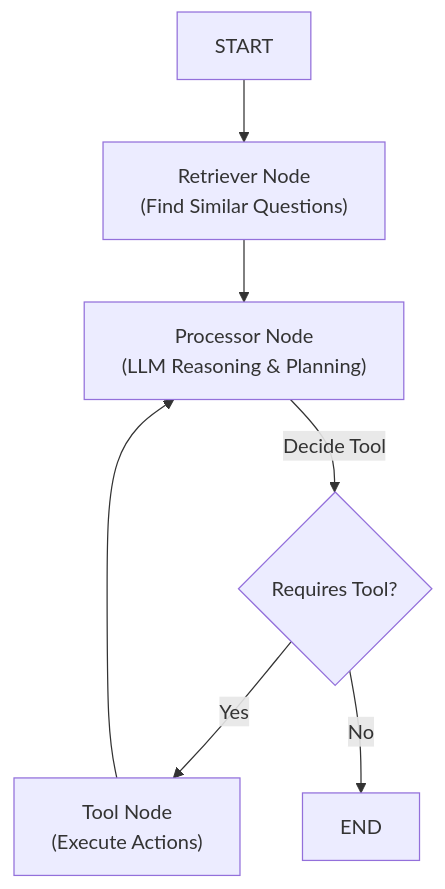
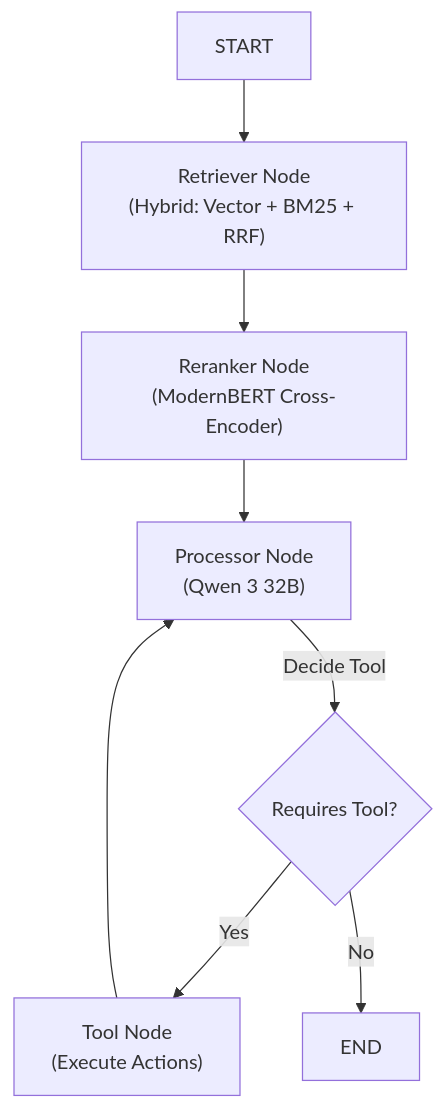
Before and after one commit to patelis/gaia: the diagram in README.md, drawn with Mermaid. The commit also changed other lines of this file and 11 other files, not shown here.

````diff
--- a/README.md
+++ b/README.md
@@ -37,9 +37,10 @@
 ```mermaid
 graph TD
-    START --> Retriever["Retriever Node<br/>(Find Similar Questions)"]
-    Retriever --> Processor["Processor Node<br/>(LLM Reasoning & Planning)"]
+    START --> Retriever["Retriever Node<br/>(Hybrid: Vector + BM25 + RRF)"]
+    Retriever --> Reranker["Reranker Node<br/>(ModernBERT Cross-Encoder)"]
+    Reranker --> Processor["Processor Node<br/>(Qwen 3 32B)"]
     Processor -->|Decide Tool| Condition{"Requires Tool?"}
     Condition -->|Yes| Tools["Tool Node<br/>(Execute Actions)"]
     Condition -->|No| END
     Tools --> Processor
 ```
````
